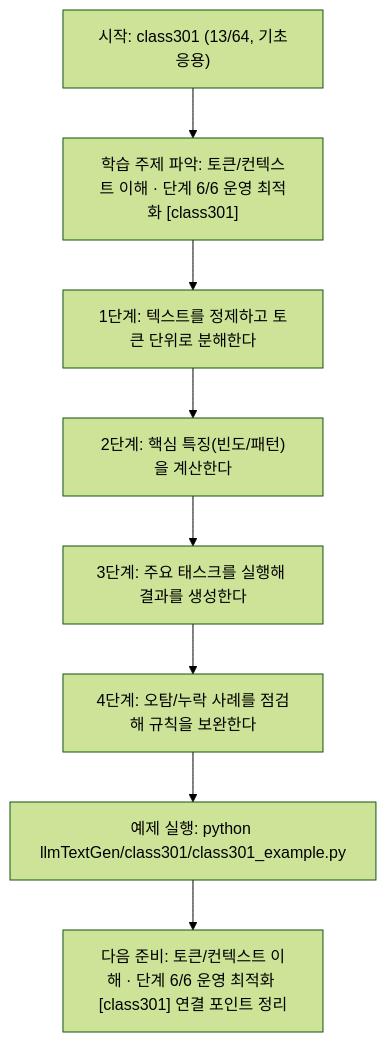
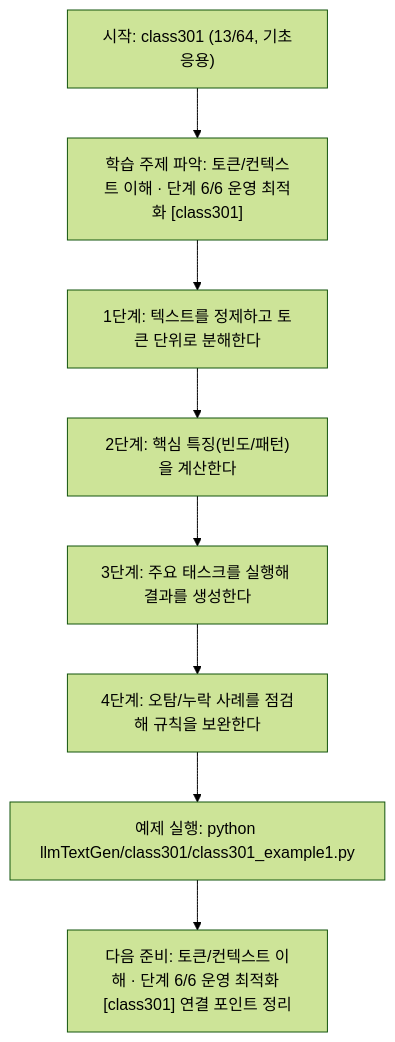
Before and after one commit to edumgt/Python-AI_Agent-Class: the diagram in llmTextGen/class301/class301.md, drawn with Mermaid (forest theme). The commit also changed other lines of this file and 2959 other files, not shown here.

````diff
--- a/llmTextGen/class301/class301.md
+++ b/llmTextGen/class301/class301.md
@@ -114,18 +114,18 @@
 ```mermaid
 flowchart TD
 N1["시작: class301 (13/64, 기초응용)"]
 N2["학습 주제 파악: 토큰/컨텍스트 이해 · 단계 6/6 운영 최적화 [class301]"]
 N3["1단계: 텍스트를 정제하고 토큰 단위로 분해한다"]
 N4["2단계: 핵심 특징(빈도/패턴)을 계산한다"]
 N5["3단계: 주요 태스크를 실행해 결과를 생성한다"]
 N6["4단계: 오탐/누락 사례를 점검해 규칙을 보완한다"]
-N7["예제 실행: python llmTextGen/class301/class301_example.py"]
+N7["예제 실행: python llmTextGen/class301/class301_example1.py"]
 N8["다음 준비: 토큰/컨텍스트 이해 · 단계 6/6 운영 최적화 [class301] 연결 포인트 정리"]
 N1 --> N2
 N2 --> N3
 N3 --> N4
 N4 --> N5
 N5 --> N6
 N6 --> N7
 N7 --> N8
 ```
````
